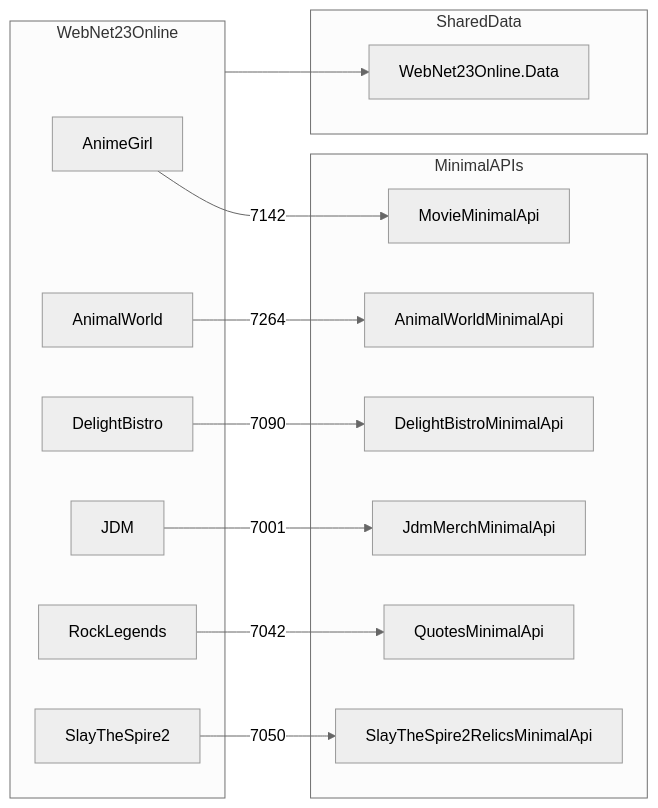
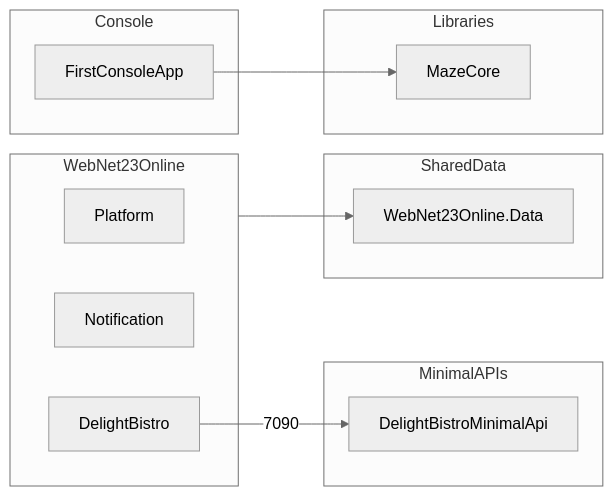
The diagram in Net23Online/docs/integration-map.md (AlexanderKartuz/PetProjectDelightBistro), drawn with Mermaid (neutral theme) before and after one commit. The commit also changed other lines of this file and 22 other files, not shown here.

````diff
--- a/Net23Online/docs/integration-map.md
+++ b/Net23Online/docs/integration-map.md
@@ -56,33 +52,28 @@
 ```mermaid
 flowchart LR
     subgraph web [WebNet23Online]
-        AnimeGirl
-        AnimalWorld
+        Platform
+        Notification
         DelightBistro
-        JDM
-        RockLegends
-        SlayTheSpire2
     end
 
     subgraph apis [MinimalAPIs]
-        MovieAPI[MovieMinimalApi]
-        AnimalFactsAPI[AnimalWorldMinimalApi]
         TeaAPI[DelightBistroMinimalApi]
-        JdmMerchAPI[JdmMerchMinimalApi]
-        QuotesAPI[QuotesMinimalApi]
-        RelicsAPI[SlayTheSpire2RelicsMinimalApi]
     end
 
     subgraph data [SharedData]
         WebContext[WebNet23Online.Data]
     end
 
-    AnimeGirl -->|"7142"| MovieAPI
-    AnimalWorld -->|"7264"| AnimalFactsAPI
+    subgraph libs [Libraries]
+        MazeCore
+    end
+
+    subgraph console [Console]
+        FirstConsoleApp
+    end
+
     DelightBistro -->|"7090"| TeaAPI
-    JDM -->|"7001"| JdmMerchAPI
-    RockLegends -->|"7042"| QuotesAPI
-    SlayTheSpire2 -->|"7050"| RelicsAPI
-
     web --> WebContext
+    FirstConsoleApp --> MazeCore
 ```
````
